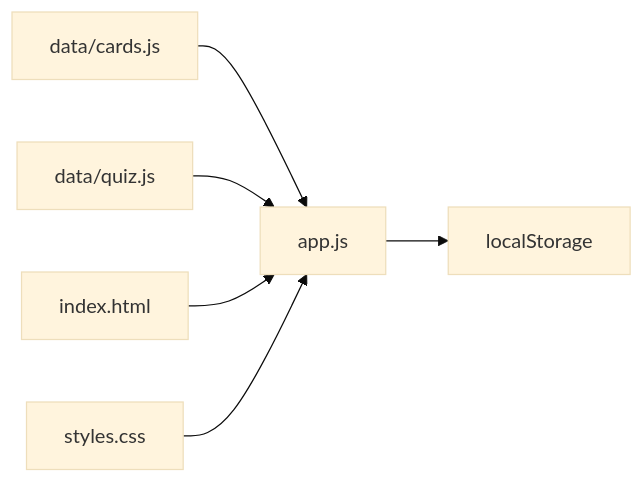
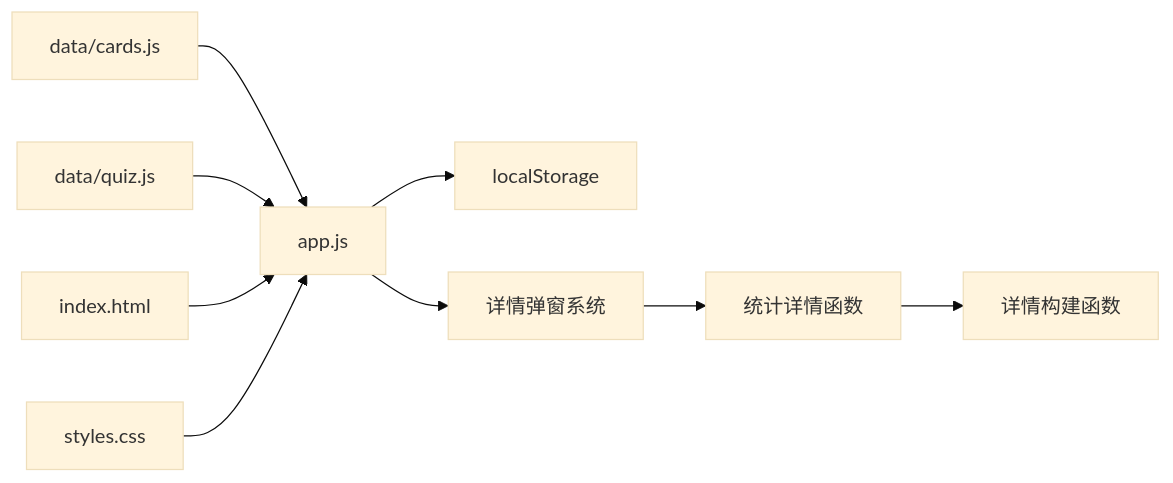
One commit to lukefun/wenyanbai-demo-v2 changed the eighth of 8 diagrams in .qoder/repowiki/zh/content/核心功能/个人统计.md. Above: the diagram before and after it, drawn with Mermaid (base theme). The commit also changed other lines of this file and 6 other files, not shown here.

````diff
--- a/.qoder/repowiki/zh/content/核心功能/个人统计.md
+++ b/.qoder/repowiki/zh/content/核心功能/个人统计.md
@@ -258,8 +352,11 @@
 ```mermaid
 graph LR
 Cards["data/cards.js"] --> App["app.js"]
 Quiz["data/quiz.js"] --> App
 HTML["index.html"] --> App
 CSS["styles.css"] --> App
 App --> Local["localStorage"]
+App --> Detail["详情弹窗系统"]
+Detail --> Stats["统计详情函数"]
+Stats --> Build["详情构建函数"]
 ```
````
